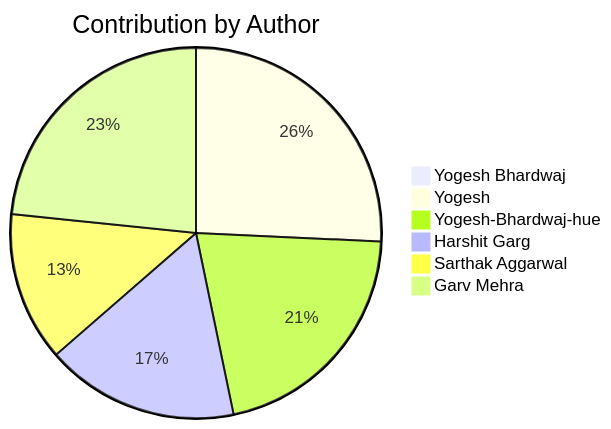
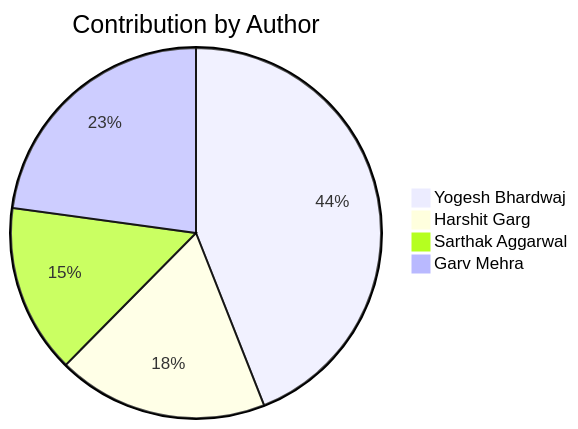
The second of 2 diagrams in README.md (Yogesh-Bhardwaj-hue/Scm-Final_2.0), drawn with Mermaid before and after one commit. The commit also changed other lines of this file, not shown here.

Commit message:
LHyOl0rH82M9

````diff
--- a/README.md
+++ b/README.md
@@ -220,9 +220,7 @@
 ```mermaid
 pie title Contribution by Author
-    "Yogesh Bhardwaj": 0
-    "Yogesh": 87
-    "Yogesh-Bhardwaj-hue": 71
-    "Harshit Garg": 57
-    "Sarthak Aggarwal": 44
-    "Garv Mehra": 79
+    "Yogesh Bhardwaj": 158
+    "Harshit Garg": 66
+    "Sarthak Aggarwal": 53
+    "Garv Mehra": 82
 ```
````
